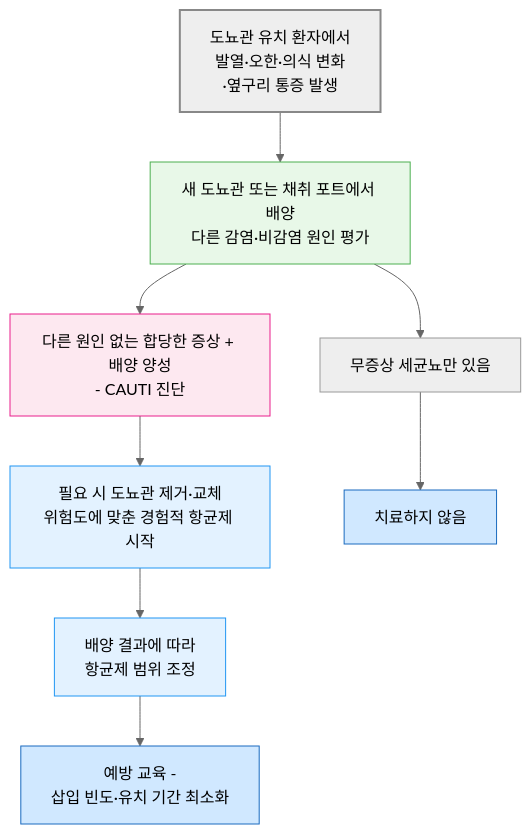
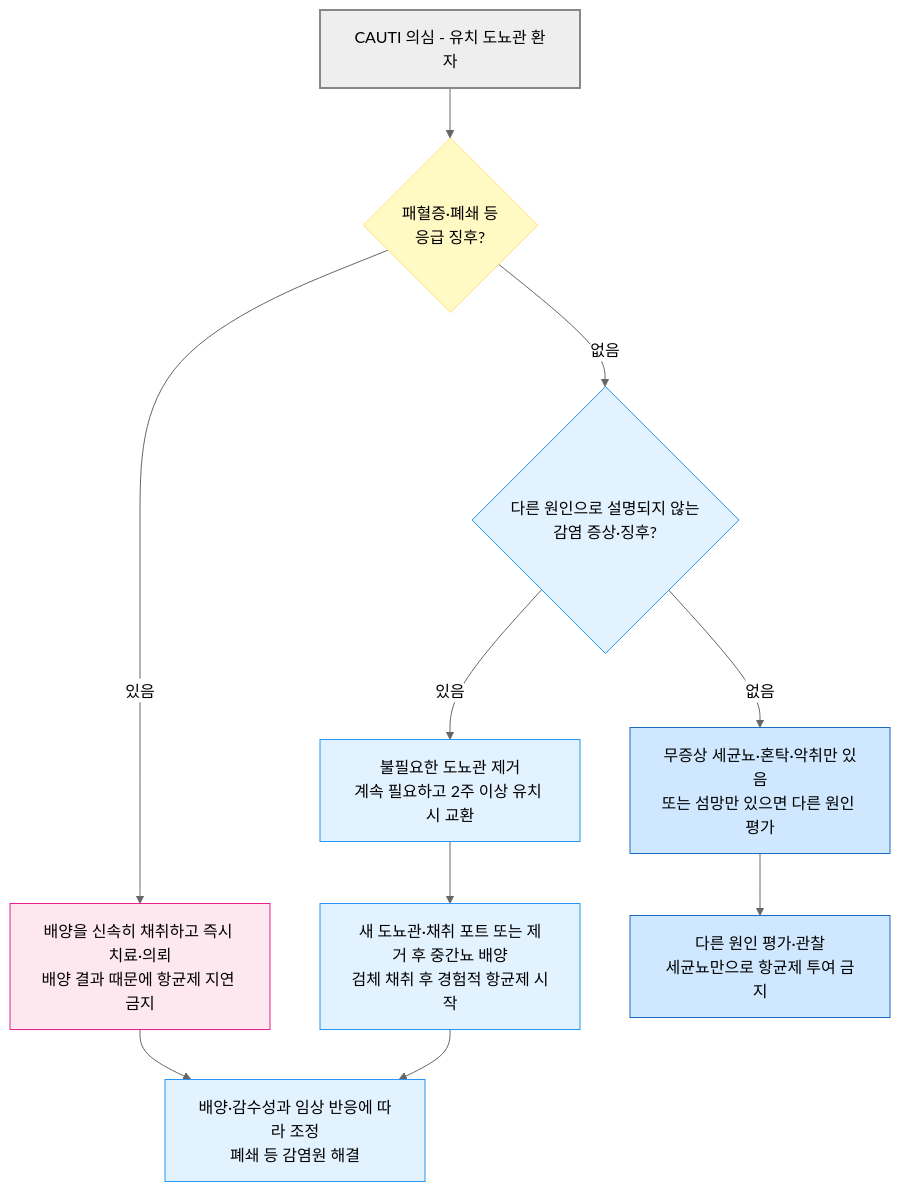
The third of 5 diagrams in 227_/113_-urinary-tract-infection.md (familyoh77/familyoh77), drawn with Mermaid (neutral theme) before and after one commit. The commit also changed other lines of this file and 7 other files, not shown here.

````diff
--- a/227_/113_-urinary-tract-infection.md
+++ b/227_/113_-urinary-tract-infection.md
@@ -273,18 +299,19 @@
 ```mermaid
 graph TD
-    A["도뇨관 유치 환자에서 <br/>발열·오한·의식 변화<br/>·옆구리 통증 발생"] 
---> B["새 도뇨관 또는 채취 포트에서 배양<br/>다른 감염·비감염 원인 평가"]
-    B --> C["다른 원인 없는 합당한 증상 + 배양 양성<br/>- CAUTI 진단"]
-    B --> G["무증상 세균뇨만 있음"]
-    C --> D["필요 시 도뇨관 제거·교체<br/>위험도에 맞춘 경험적 항균제 시작"]
-    D --> E["배양 결과에 따라<br/>항균제 범위 조정"]
-    E --> F["예방 교육 - <br/>삽입 빈도·유치 기간 최소화"]
-    G --> H["치료하지 않음"]
-style A fill:#eeeeee,stroke:#888888,stroke-width:2px
-style B fill:#e8f8e8,stroke:#4caf50
-style C fill:#fde8f0,stroke:#e91e8c
-classDef sky fill:#e3f2ff,stroke:#2196f3
-class D,E sky
-classDef blue fill:#d0e8ff,stroke:#1a6abf
-class H,F blue
+    A["CAUTI 의심 - 유치 도뇨관 환자"] --> B{"패혈증·폐쇄 등<br/>응급 징후?"}
+    B -->|있음| C["배양을 신속히 채취하고 즉시 치료·의뢰<br/>배양 결과 때문에 항균제 지연 금지"]
+    B -->|없음| D{"다른 원인으로 설명되지 않는<br/>감염 증상·징후?"}
+    D -->|있음| F["불필요한 도뇨관 제거<br/>계속 필요하고 2주 이상 유치 시 교환"]
+    F --> E["새 도뇨관·채취 포트 또는 제거 후 중간뇨 배양<br/>검체 채취 후 경험적 항균제 시작"]
+    C --> G["배양·감수성과 임상 반응에 따라 조정<br/>폐쇄 등 감염원 해결"]
+    E --> G
+    D -->|없음| H["무증상 세균뇨·혼탁·악취만 있음<br/>또는 섬망만 있으면 다른 원인 평가"]
+    H --> I["다른 원인 평가·관찰<br/>세균뇨만으로 항균제 투여 금지"]
+    style A fill:#eeeeee,stroke:#888888,stroke-width:2px
+    style B fill:#fff9c4,stroke:#ffe082
+    style C fill:#fde8f0,stroke:#e91e8c
+    classDef sky fill:#e3f2ff,stroke:#2196f3
+    class D,E,F,G sky
+    classDef blue fill:#d0e8ff,stroke:#1a6abf
+    class H,I blue
 ```
````
